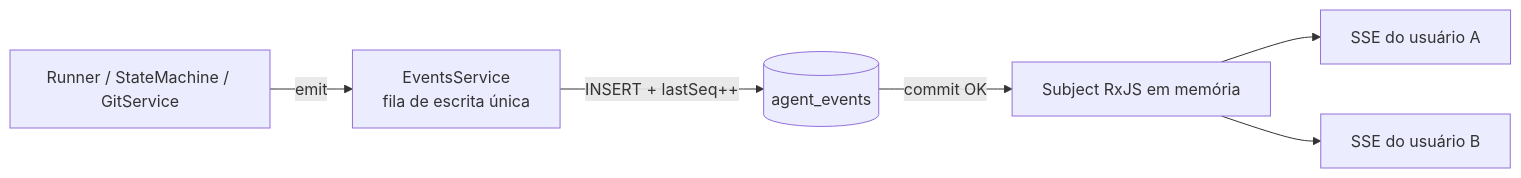
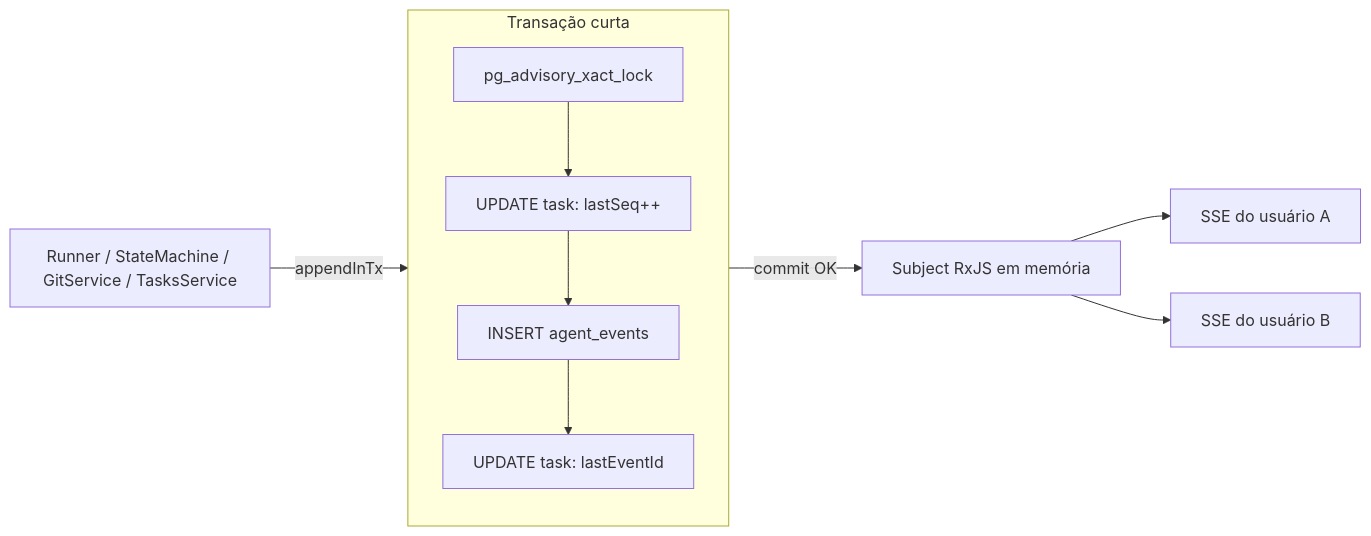
The third of 5 diagrams in docs/features/gerenciador-de-agentes-backend.md (GuilhermeNairne/projeto-pessoal-backend), drawn with Mermaid before and after one commit. The commit also changed other lines of this file, not shown here.

````diff
--- a/docs/features/gerenciador-de-agentes-backend.md
+++ b/docs/features/gerenciador-de-agentes-backend.md
@@ -692,8 +865,12 @@
 ```mermaid
 flowchart LR
-    R[Runner / StateMachine / GitService] -->|emit| Q[EventsService<br/>fila de escrita única]
-    Q -->|INSERT + lastSeq++| DB[(agent_events)]
-    DB -->|commit OK| BUS[Subject RxJS em memória]
+    R[Runner / StateMachine / GitService / TasksService] -->|appendInTx| TX
+    subgraph TX[Transação curta]
+      L[pg_advisory_xact_lock] --> U1[UPDATE task: lastSeq++]
+      U1 --> I[INSERT agent_events]
+      I --> U2[UPDATE task: lastEventId]
+    end
+    TX -->|commit OK| BUS[Subject RxJS em memória]
     BUS --> S1[SSE do usuário A]
     BUS --> S2[SSE do usuário B]
 ```
````
